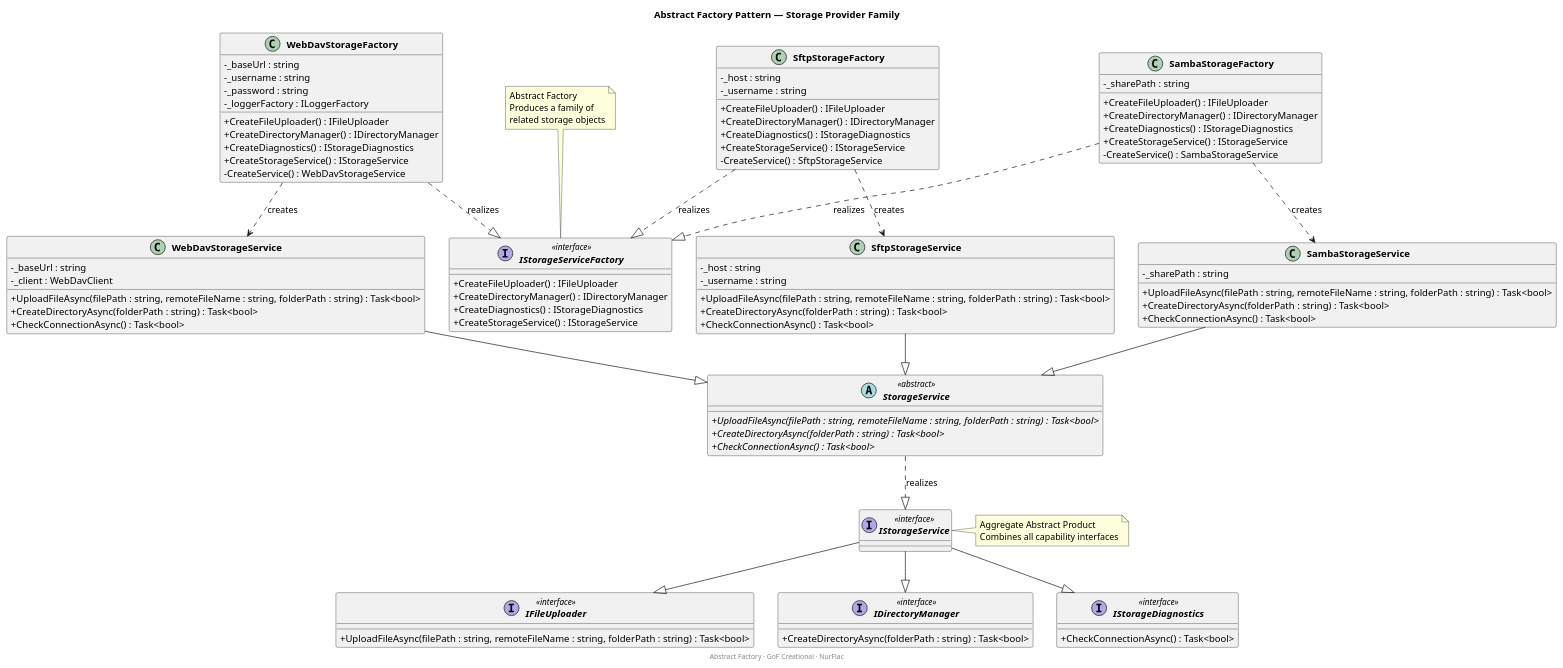
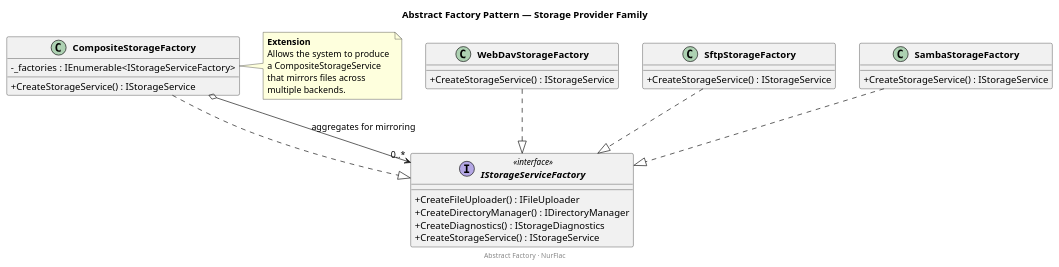
The diagram in Diagrams/AbstractFactory.puml (Heiwa03/NurFlac), drawn with PlantUML before and after one commit. The commit also changed 4 other files, not shown here.

Commit message:
Update diagrams to match the current implementation

```diff
--- a/Diagrams/AbstractFactory.puml
+++ b/Diagrams/AbstractFactory.puml
@@ -1,129 +1,51 @@
 @startuml AbstractFactory
 
 title Abstract Factory Pattern — Storage Provider Family
 
 skinparam classAttributeIconSize 0
 skinparam classFontStyle bold
-skinparam packageStyle rectangle
-
-' ── Abstract Products ──────────────────────────────────────────
-interface IFileUploader <<interface>> {
-  + UploadFileAsync(filePath : string, remoteFileName : string, folderPath : string) : Task<bool>
-}
-
-interface IDirectoryManager <<interface>> {
-  + CreateDirectoryAsync(folderPath : string) : Task<bool>
-}
-
-interface IStorageDiagnostics <<interface>> {
-  + CheckConnectionAsync() : Task<bool>
-}
-
-interface IStorageService <<interface>> {
-}
-
-abstract class StorageService <<abstract>> {
-  + {abstract} UploadFileAsync(filePath : string, remoteFileName : string, folderPath : string) : Task<bool>
-  + {abstract} CreateDirectoryAsync(folderPath : string) : Task<bool>
-  + {abstract} CheckConnectionAsync() : Task<bool>
-}
-
-' IStorageService aggregates the three capability interfaces
-IStorageService --|> IFileUploader
-IStorageService --|> IDirectoryManager
-IStorageService --|> IStorageDiagnostics
-
-' StorageService realizes IStorageService
-StorageService ..|> IStorageService : realizes
-
-' ── Concrete Products ──────────────────────────────────────────
-class WebDavStorageService {
-  - _baseUrl : string
-  - _client : WebDavClient
-  + UploadFileAsync(filePath : string, remoteFileName : string, folderPath : string) : Task<bool>
-  + CreateDirectoryAsync(folderPath : string) : Task<bool>
-  + CheckConnectionAsync() : Task<bool>
-}
-
-class SftpStorageService {
-  - _host : string
-  - _username : string
-  + UploadFileAsync(filePath : string, remoteFileName : string, folderPath : string) : Task<bool>
-  + CreateDirectoryAsync(folderPath : string) : Task<bool>
-  + CheckConnectionAsync() : Task<bool>
-}
-
-class SambaStorageService {
-  - _sharePath : string
-  + UploadFileAsync(filePath : string, remoteFileName : string, folderPath : string) : Task<bool>
-  + CreateDirectoryAsync(folderPath : string) : Task<bool>
-  + CheckConnectionAsync() : Task<bool>
-}
-
-WebDavStorageService --|> StorageService
-SftpStorageService --|> StorageService
-SambaStorageService --|> StorageService
 
 ' ── Abstract Factory ───────────────────────────────────────────
 interface IStorageServiceFactory <<interface>> {
   + CreateFileUploader() : IFileUploader
   + CreateDirectoryManager() : IDirectoryManager
   + CreateDiagnostics() : IStorageDiagnostics
   + CreateStorageService() : IStorageService
 }
 
 ' ── Concrete Factories ─────────────────────────────────────────
 class WebDavStorageFactory {
-  - _baseUrl : string
-  - _username : string
-  - _password : string
-  - _loggerFactory : ILoggerFactory
-  + CreateFileUploader() : IFileUploader
-  + CreateDirectoryManager() : IDirectoryManager
-  + CreateDiagnostics() : IStorageDiagnostics
   + CreateStorageService() : IStorageService
-  - CreateService() : WebDavStorageService
 }
 
 class SftpStorageFactory {
-  - _host : string
-  - _username : string
-  + CreateFileUploader() : IFileUploader
-  + CreateDirectoryManager() : IDirectoryManager
-  + CreateDiagnostics() : IStorageDiagnostics
   + CreateStorageService() : IStorageService
-  - CreateService() : SftpStorageService
 }
 
 class SambaStorageFactory {
-  - _sharePath : string
-  + CreateFileUploader() : IFileUploader
-  + CreateDirectoryManager() : IDirectoryManager
-  + CreateDiagnostics() : IStorageDiagnostics
   + CreateStorageService() : IStorageService
-  - CreateService() : SambaStorageService
 }
 
-WebDavStorageFactory ..|> IStorageServiceFactory : realizes
-SftpStorageFactory ..|> IStorageServiceFactory : realizes
-SambaStorageFactory ..|> IStorageServiceFactory : realizes
+class CompositeStorageFactory {
+  - _factories : IEnumerable<IStorageServiceFactory>
+  + CreateStorageService() : IStorageService
+}
 
-' Factory → Product creation dependencies
-WebDavStorageFactory ..> WebDavStorageService : «creates»
-SftpStorageFactory ..> SftpStorageService : «creates»
-SambaStorageFactory ..> SambaStorageService : «creates»
+' ── Relationships ──────────────────────────────────────────────
+WebDavStorageFactory ..|> IStorageServiceFactory
+SftpStorageFactory ..|> IStorageServiceFactory
+SambaStorageFactory ..|> IStorageServiceFactory
+CompositeStorageFactory ..|> IStorageServiceFactory
 
-note top of IStorageServiceFactory
-  Abstract Factory
-  Produces a family of
-  related storage objects
+CompositeStorageFactory o--> "0..*" IStorageServiceFactory : "aggregates for mirroring"
+
+note right of CompositeStorageFactory
+  **Extension**
+  Allows the system to produce 
+  a CompositeStorageService 
+  that mirrors files across 
+  multiple backends.
 end note
 
-note right of IStorageService
-  Aggregate Abstract Product
-  Combines all capability interfaces
-end note
-
-footer Abstract Factory · GoF Creational · NurFlac
-
+footer Abstract Factory · NurFlac
 @enduml
```
